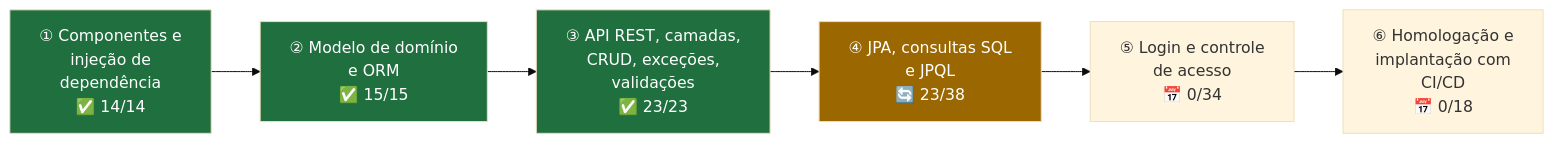
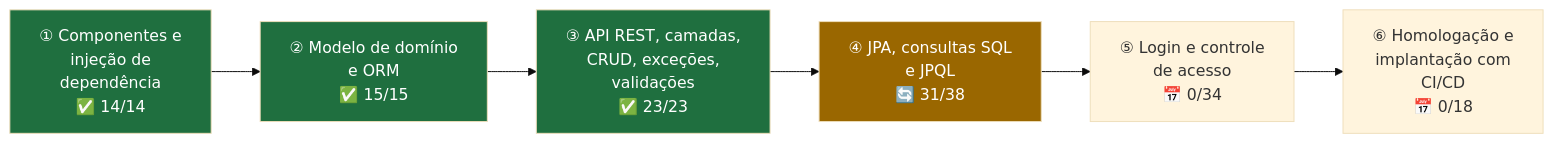
Diagram 20 of 22 in README.md (k3vinrich4rd/k3vinrich4rd), drawn with Mermaid (base theme) before and after one commit. The commit also changed other lines of this file and 3 other files, not shown here.

````diff
--- a/README.md
+++ b/README.md
@@ -2463,8 +2463,8 @@
 ```mermaid
 flowchart LR
-    C1["① Componentes e<br/>injeção de<br/>dependência<br/>✅ 14/14"] --> C2["② Modelo de domínio<br/>e ORM<br/>✅ 15/15"] --> C3["③ API REST, camadas,<br/>CRUD, exceções,<br/>validações<br/>✅ 23/23"] --> C4["④ JPA, consultas SQL<br/>e JPQL<br/>🔄 23/38"] --> C5["⑤ Login e controle<br/>de acesso<br/>📅 0/34"] --> C6["⑥ Homologação e<br/>implantação com<br/>CI/CD<br/>📅 0/18"]
+    C1["① Componentes e<br/>injeção de<br/>dependência<br/>✅ 14/14"] --> C2["② Modelo de domínio<br/>e ORM<br/>✅ 15/15"] --> C3["③ API REST, camadas,<br/>CRUD, exceções,<br/>validações<br/>✅ 23/23"] --> C4["④ JPA, consultas SQL<br/>e JPQL<br/>🔄 31/38"] --> C5["⑤ Login e controle<br/>de acesso<br/>📅 0/34"] --> C6["⑥ Homologação e<br/>implantação com<br/>CI/CD<br/>📅 0/18"]
     style C1 fill:#1f6f3f,color:#fff
     style C2 fill:#1f6f3f,color:#fff
     style C3 fill:#1f6f3f,color:#fff
     style C4 fill:#9a6700,color:#fff
 ```
````
